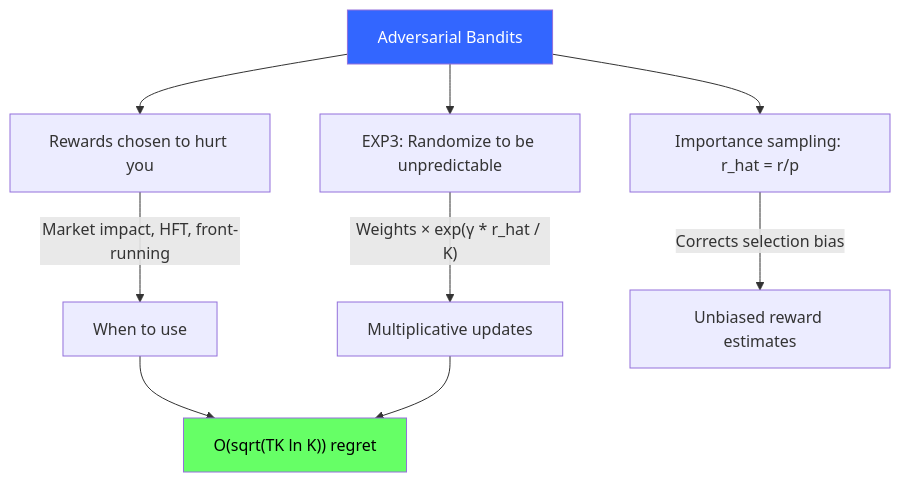
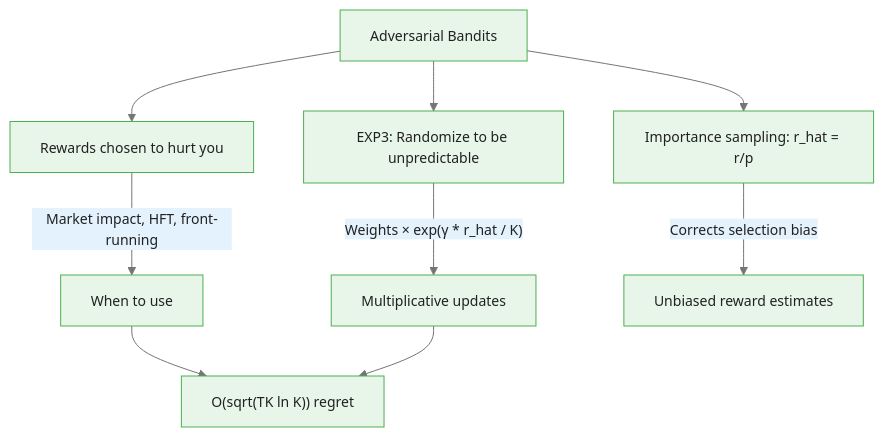
One commit to m-deane/course-creator changed the fourth of 4 diagrams in courses/multi-armed-bandits-ab-testing/modules/module_06_advanced_topics/guides/03_adversarial_bandits_slides.md. Above: the diagram before and after it, drawn with Mermaid. The commit also changed other lines of this file and 146 other files, not shown here.

````diff
--- a/courses/multi-armed-bandits-ab-testing/modules/module_06_advanced_topics/guides/03_adversarial_bandits_slides.md
+++ b/courses/multi-armed-bandits-ab-testing/modules/module_06_advanced_topics/guides/03_adversarial_bandits_slides.md
@@ -256,16 +293,14 @@
 ```mermaid
+%%{init: {"theme": "base", "themeVariables": {"primaryColor": "#e8f5e9", "primaryBorderColor": "#4caf50", "primaryTextColor": "#212121", "secondaryColor": "#e3f2fd", "tertiaryColor": "#fff8e1", "lineColor": "#757575", "fontFamily": "Inter, sans-serif", "fontSize": "14px"}}}%%
 flowchart TD
     AB["Adversarial Bandits"] --> Problem_a["Rewards chosen to hurt you"]
     AB --> Solution_a["EXP3: Randomize to be unpredictable"]
     AB --> IPW["Importance sampling: r_hat = r/p"]
 
     Problem_a --> |"Market impact, HFT, front-running"| When_a["When to use"]
     Solution_a --> |"Weights × exp(γ * r_hat / K)"| How["Multiplicative updates"]
     IPW --> |"Corrects selection bias"| Unbiased["Unbiased reward estimates"]
 
     When_a --> Regret_a["O(sqrt(TK ln K)) regret"]
     How --> Regret_a
-
-    style AB fill:#36f,color:#fff
-    style Regret_a fill:#6f6,color:#000
 ```
````
